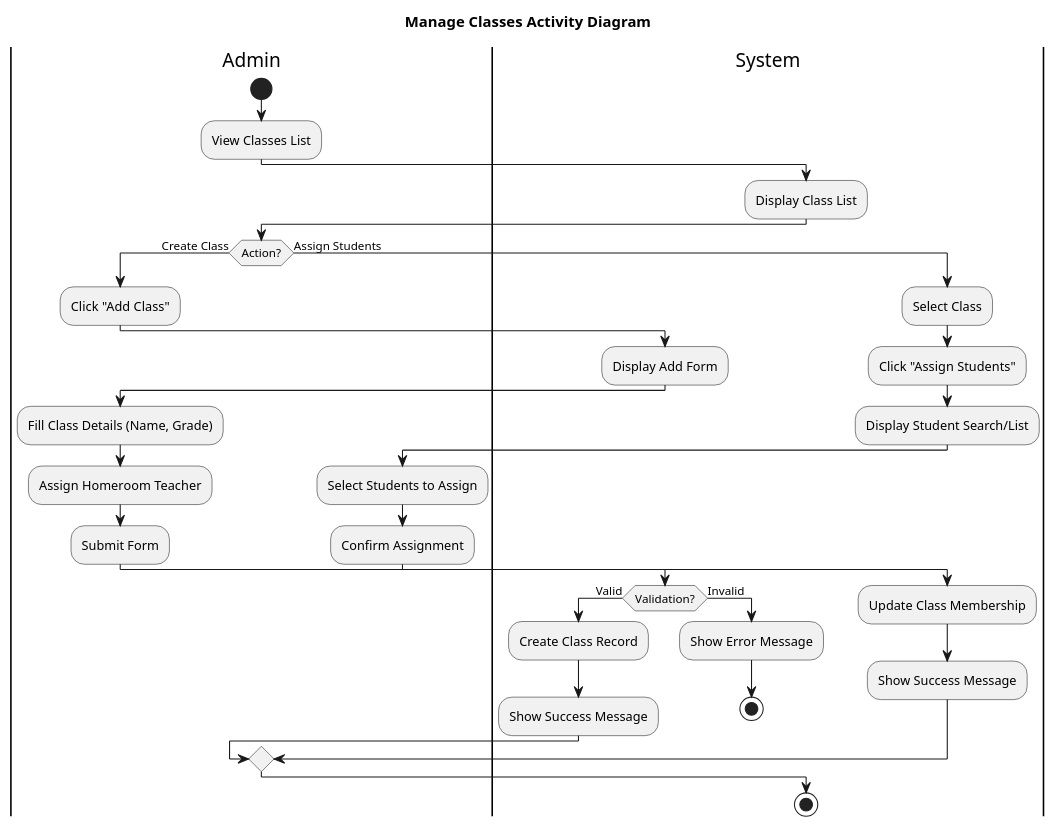
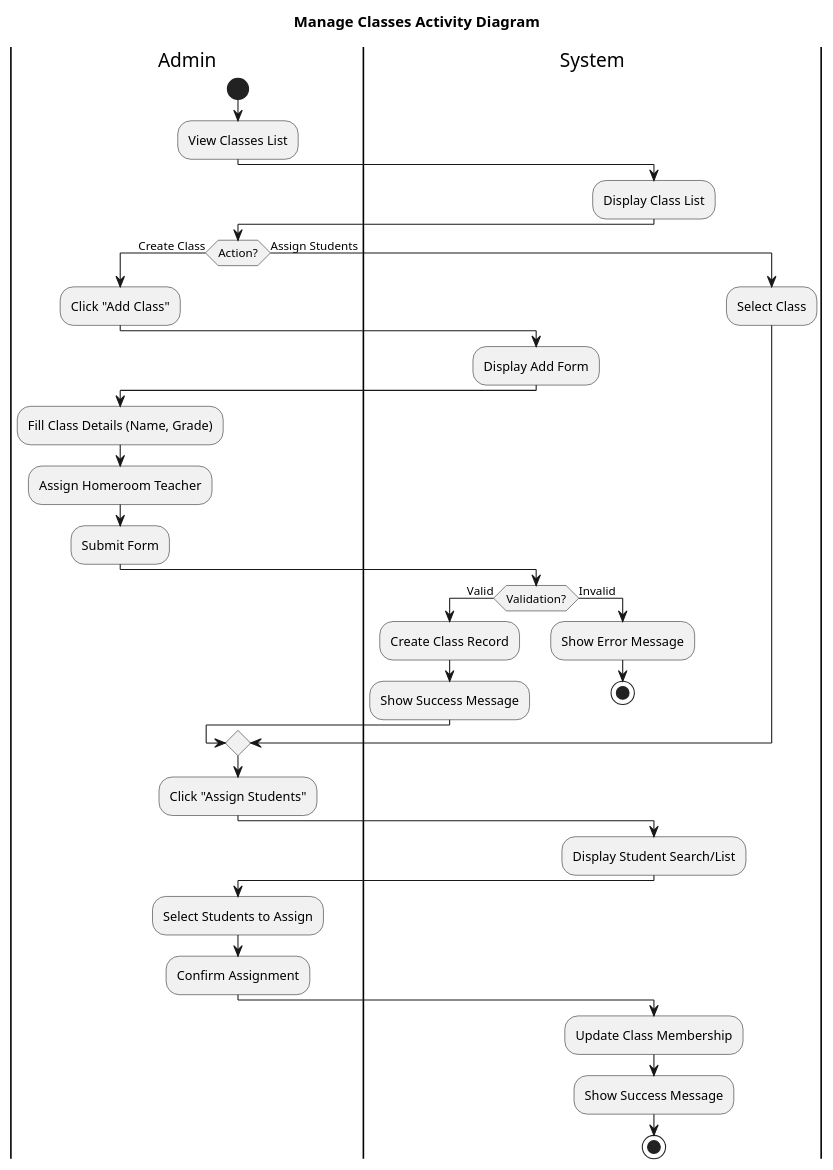
The diagram in design-summary/activity-diagram/activity-diagram-admin-manage-classes.puml (rafifgpt21-ai/jalms), drawn with PlantUML before and after one commit. The commit also changed 20 other files, not shown here.

```diff
--- a/design-summary/activity-diagram/activity-diagram-admin-manage-classes.puml
+++ b/design-summary/activity-diagram/activity-diagram-admin-manage-classes.puml
@@ -1,39 +1,41 @@
 @startuml
 title Manage Classes Activity Diagram
 |Admin|
 start
 :View Classes List;
 |System|
 :Display Class List;
 |Admin|
 if (Action?) then (Create Class)
     :Click "Add Class";
     |System|
     :Display Add Form;
     |Admin|
     :Fill Class Details (Name, Grade);
     :Assign Homeroom Teacher;
     :Submit Form;
     |System|
     if (Validation?) then (Valid)
         :Create Class Record;
         :Show Success Message;
     else (Invalid)
         :Show Error Message;
         stop
     endif
 else (Assign Students)
     :Select Class;
-    :Click "Assign Students";
-    |System|
-    :Display Student Search/List;
-    |Admin|
-    :Select Students to Assign;
-    :Confirm Assignment;
-    |System|
-    :Update Class Membership;
-    :Show Success Message;
 endif
+
+|Admin|
+:Click "Assign Students";
+|System|
+:Display Student Search/List;
+|Admin|
+:Select Students to Assign;
+:Confirm Assignment;
+|System|
+:Update Class Membership;
+:Show Success Message;
 
 stop
 @enduml
```
